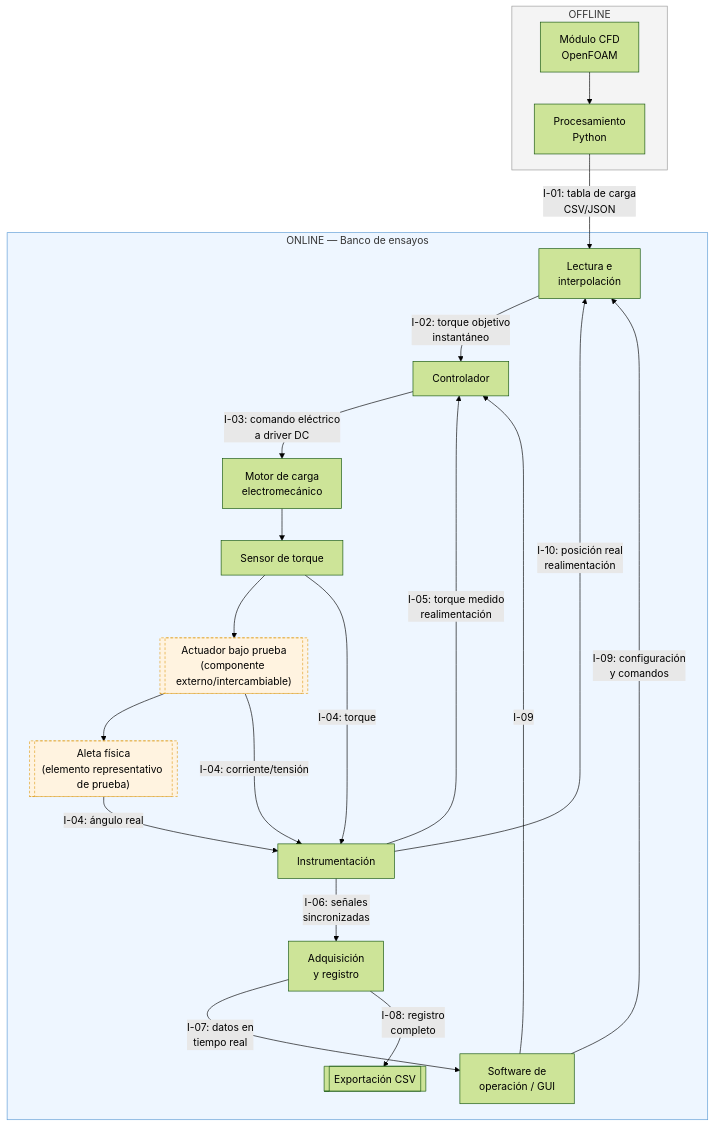
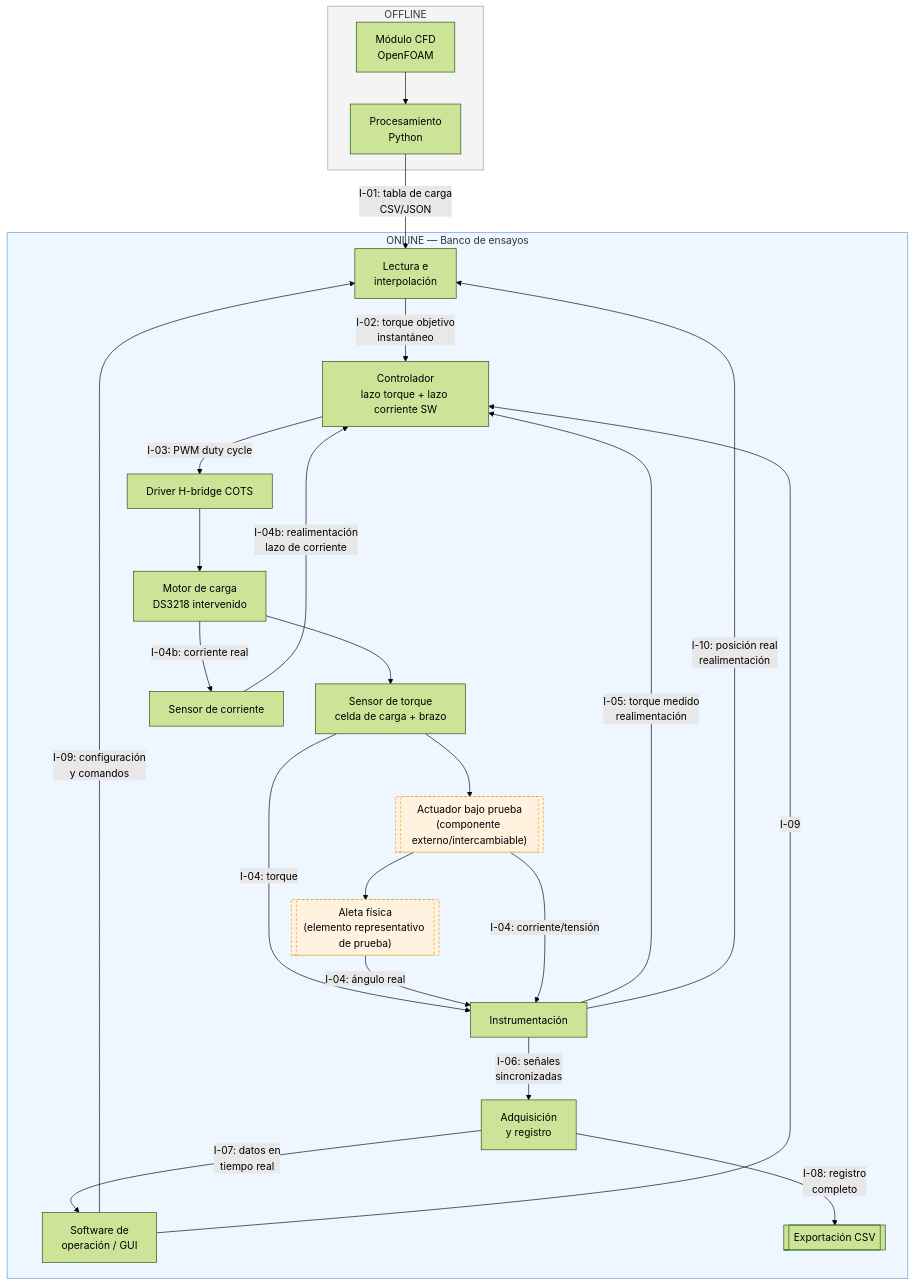
One commit to Pepe7150/Memoria changed the second of 2 diagrams in 03_Requisitos/05_Arquitectura_del_Sistema.md. Above: the diagram before and after it, drawn with Mermaid (forest theme). The commit also changed other lines of this file and 2 other files, not shown here.

````diff
--- a/03_Requisitos/05_Arquitectura_del_Sistema.md
+++ b/03_Requisitos/05_Arquitectura_del_Sistema.md
@@ -137,43 +140,48 @@
 ```mermaid
 flowchart TB
     subgraph OFF["OFFLINE"]
         CFD[Módulo CFD<br/>OpenFOAM]
         PROC[Procesamiento<br/>Python]
         CFD --> PROC
     end
 
     PROC -->|I-01: tabla de carga<br/>CSV/JSON| INT
 
     subgraph ON["ONLINE — Banco de ensayos"]
         INT[Lectura e<br/>interpolación]
-        CTRL[Controlador]
-        LOADM[Motor de carga<br/>electromecánico]
-        TSENS[Sensor de torque]
+        CTRL[Controlador<br/>lazo torque + lazo corriente SW]
+        DRV[Driver H-bridge COTS]
+        LOADM[Motor de carga<br/>DS3218 intervenido]
+        TSENS[Sensor de torque<br/>celda de carga + brazo]
+        CSENS[Sensor de corriente]
         ACT[["Actuador bajo prueba<br/>(componente externo/intercambiable)"]]
         FIN[["Aleta física<br/>(elemento representativo de prueba)"]]
         INSTR[Instrumentación]
         DAQ[Adquisición<br/>y registro]
         UI[Software de<br/>operación / GUI]
 
         INT -->|I-02: torque objetivo<br/>instantáneo| CTRL
-        CTRL -->|I-03: comando eléctrico<br/>a driver DC| LOADM
+        CTRL -->|I-03: PWM duty cycle| DRV
+        DRV --> LOADM
         LOADM --> TSENS
         TSENS --> ACT
         ACT --> FIN
+        LOADM -->|I-04b: corriente real| CSENS
+        CSENS -->|I-04b: realimentación<br/>lazo de corriente| CTRL
         TSENS -->|I-04: torque| INSTR
         FIN -->|I-04: ángulo real| INSTR
         ACT -->|I-04: corriente/tensión| INSTR
         INSTR -->|I-05: torque medido<br/>realimentación| CTRL
         INSTR -->|I-10: posición real<br/>realimentación| INT
         INSTR -->|I-06: señales<br/>sincronizadas| DAQ
         DAQ -->|I-07: datos en<br/>tiempo real| UI
         DAQ -->|I-08: registro<br/>completo| EXP[[Exportación CSV]]
         UI -->|I-09: configuración<br/>y comandos| INT
         UI -->|I-09| CTRL
     end
 
     style OFF fill:#f4f4f4,stroke:#999
     style ON fill:#eef6ff,stroke:#5b9bd5
     style ACT fill:#fff3e0,stroke:#e0a020,stroke-dasharray: 4 3
     style FIN fill:#fff3e0,stroke:#e0a020,stroke-dasharray: 4 3
 ```
````
